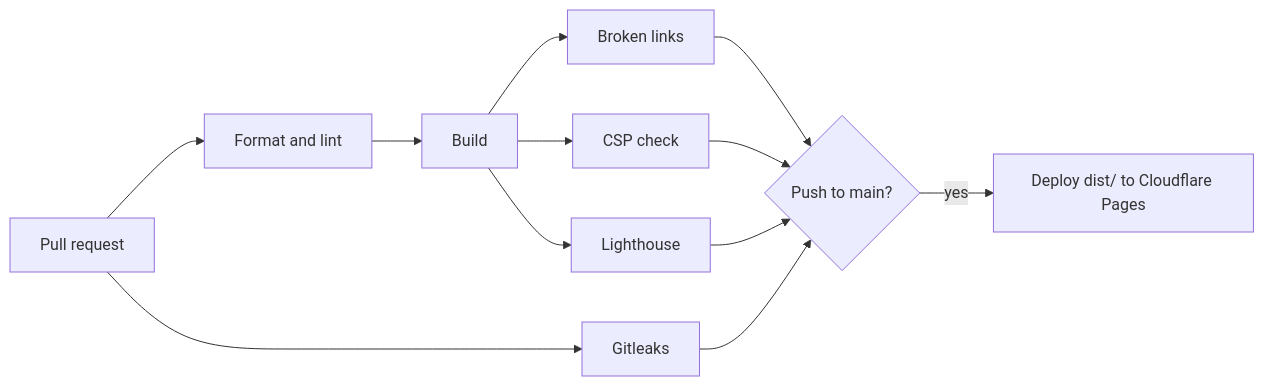
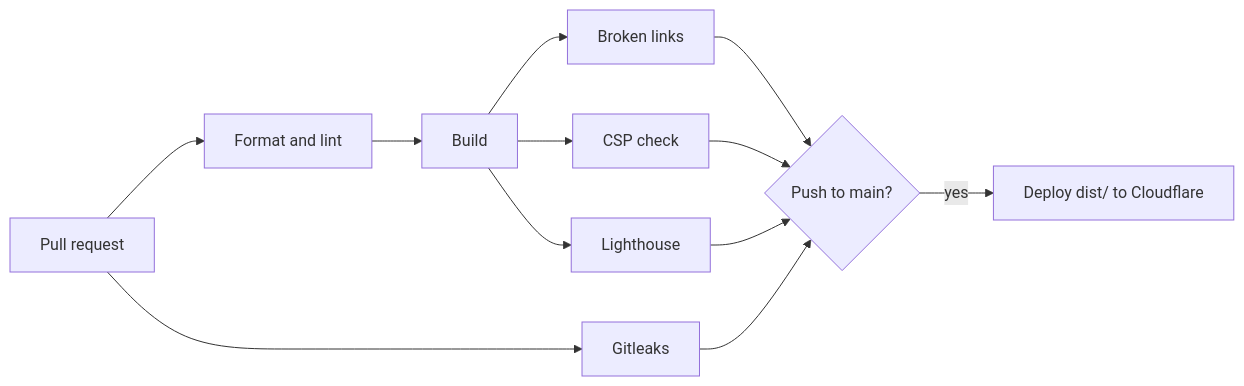
The diagram in src/content/posts/how-this-site-is-built.md (aniketh3014/personal-site), drawn with Mermaid before and after one commit. The commit also changed other lines of this file and 5 other files, not shown here.

First line of the commit message:
ci: deploy as a Cloudflare Workers static-assets site

````diff
--- a/src/content/posts/how-this-site-is-built.md
+++ b/src/content/posts/how-this-site-is-built.md
@@ -34,13 +35,13 @@
 ```mermaid
 flowchart LR
   accTitle: CI and deploy pipeline
-  accDescr: A pull request runs lint, build, link, CSP, Lighthouse and secret checks. A push to main runs the same checks, then deploys the checked build to Cloudflare Pages.
+  accDescr: A pull request runs lint, build, link, CSP, Lighthouse and secret checks. A push to main runs the same checks, then deploys the checked build to Cloudflare.
   PR[Pull request] --> L[Format and lint]
   L --> B[Build]
   B --> K[Broken links]
   B --> C[CSP check]
   B --> H[Lighthouse]
   PR --> G[Gitleaks]
   K & C & H & G --> D{Push to main?}
-  D -- yes --> P[Deploy dist/ to Cloudflare Pages]
+  D -- yes --> P[Deploy dist/ to Cloudflare]
 ```
````
